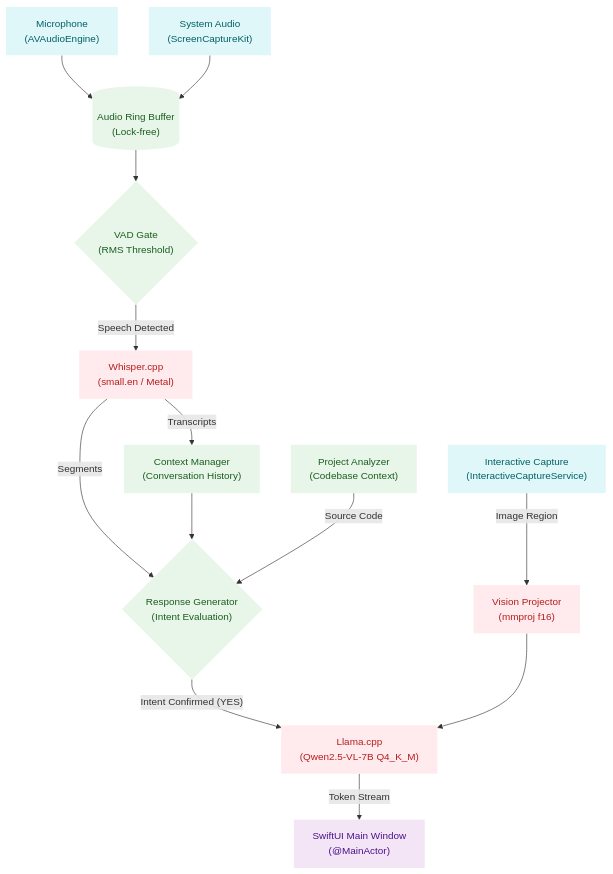
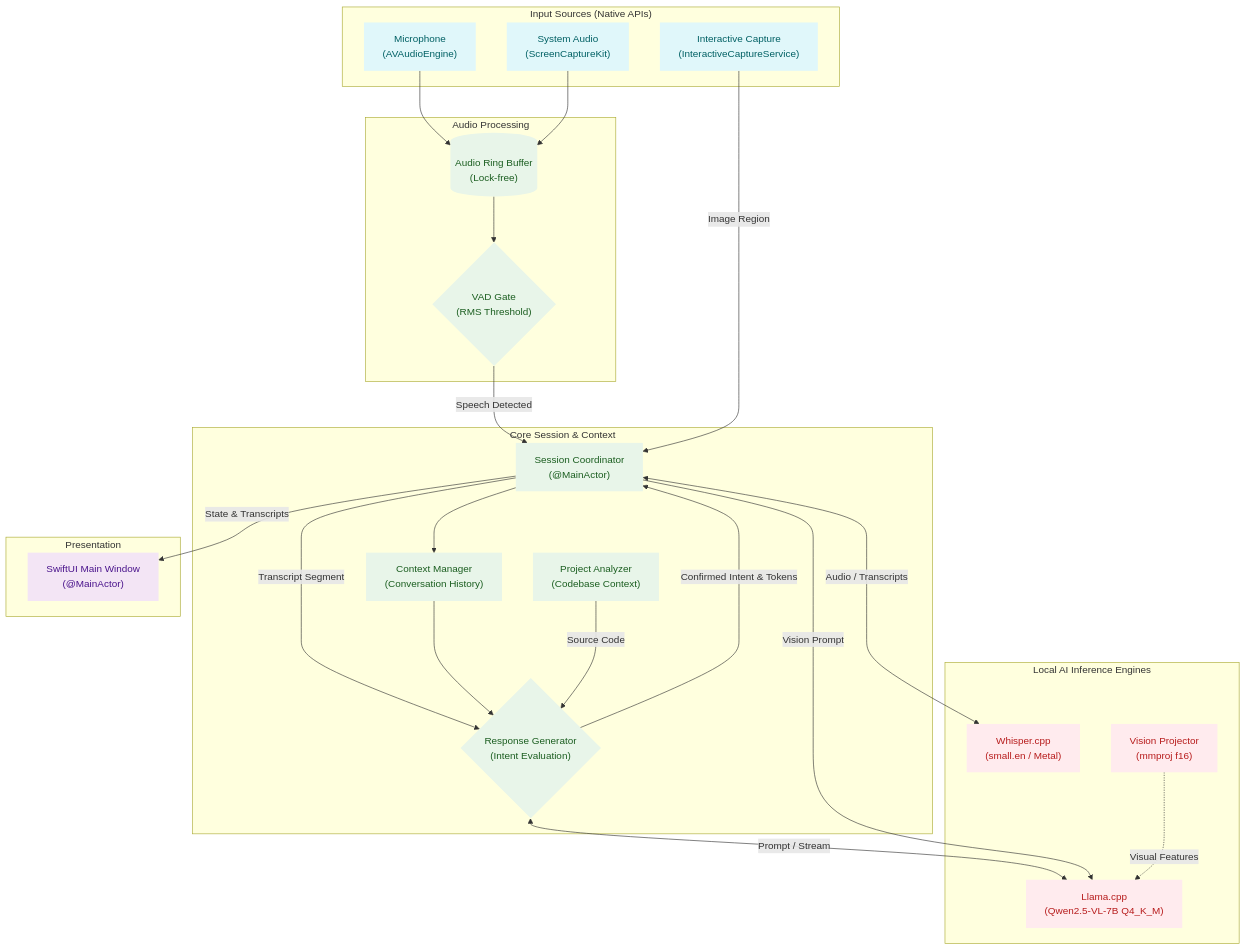
One commit to BGYKanishka/butler changed the diagram in README.md. Above: the diagram before and after it, drawn with Mermaid. The commit also changed other lines of this file and 3 other files, not shown here.

````diff
--- a/README.md
+++ b/README.md
@@ -30,37 +36,58 @@
 ```mermaid
 graph TD
     %% Styling (Light & Clean)
     classDef native fill:#e0f7fa,stroke:none,stroke-width:0px,color:#006064
     classDef engine fill:#ffebee,stroke:none,stroke-width:0px,color:#b71c1c
     classDef logic fill:#e8f5e9,stroke:none,stroke-width:0px,color:#1b5e20
     classDef ui fill:#f3e5f5,stroke:none,stroke-width:0px,color:#4a148c
 
-    Mic["Microphone\n(AVAudioEngine)"]:::native
-    SysAudio["System Audio\n(ScreenCaptureKit)"]:::native
-    ScreenCap["Interactive Capture\n(InteractiveCaptureService)"]:::native
-    RingBuffer[("Audio Ring Buffer\n(Lock-free)")]:::logic
+    subgraph Inputs ["Input Sources (Native APIs)"]
+        Mic["Microphone\n(AVAudioEngine)"]:::native
+        SysAudio["System Audio\n(ScreenCaptureKit)"]:::native
+        ScreenCap["Interactive Capture\n(InteractiveCaptureService)"]:::native
+    end
 
-    VAD{"VAD Gate\n(RMS Threshold)"}:::logic
-    Whisper["Whisper.cpp\n(small.en / Metal)"]:::engine
-    Context["Context Manager\n(Conversation History)"]:::logic
-    ProjectAnalyzer["Project Analyzer\n(Codebase Context)"]:::logic
+    subgraph AudioProcessing ["Audio Processing"]
+        RingBuffer[("Audio Ring Buffer\n(Lock-free)")]:::logic
+        VAD{"VAD Gate\n(RMS Threshold)"}:::logic
+    end
 
-    Intent{"Response Generator\n(Intent Evaluation)"}:::logic
-    Llama["Llama.cpp\n(Qwen2.5-VL-7B Q4_K_M)"]:::engine
-    Mmproj["Vision Projector\n(mmproj f16)"]:::engine
+    subgraph AIEngines ["Local AI Inference Engines"]
+        Whisper["Whisper.cpp\n(small.en / Metal)"]:::engine
+        Llama["Llama.cpp\n(Qwen2.5-VL-7B Q4_K_M)"]:::engine
+        Mmproj["Vision Projector\n(mmproj f16)"]:::engine
+    end
 
-    MainWindow["SwiftUI Main Window\n(@MainActor)"]:::ui
+    subgraph CoreOrchestration ["Core Session & Context"]
+        Coordinator["Session Coordinator\n(@MainActor)"]:::logic
+        Context["Context Manager\n(Conversation History)"]:::logic
+        ProjectAnalyzer["Project Analyzer\n(Codebase Context)"]:::logic
+        Intent{"Response Generator\n(Intent Evaluation)"}:::logic
+    end
 
+    subgraph UserInterface ["Presentation"]
+        MainWindow["SwiftUI Main Window\n(@MainActor)"]:::ui
+    end
+
+    %% Flow
     Mic --> RingBuffer
     SysAudio --> RingBuffer
     RingBuffer --> VAD
-    VAD -- "Speech Detected" --> Whisper
-    Whisper -- "Transcripts" --> Context
-    Whisper -- "Segments" --> Intent
+    VAD -- "Speech Detected" --> Coordinator
+    
+    Coordinator <-->|"Audio / Transcripts"| Whisper
+    Coordinator --> Context
+    Coordinator -- "Transcript Segment" --> Intent
+    
     Context --> Intent
     ProjectAnalyzer -- "Source Code" --> Intent
-    Intent -- "Intent Confirmed (YES)" --> Llama
-    ScreenCap -- "Image Region" --> Mmproj
-    Mmproj --> Llama
-    Llama -- "Token Stream" --> MainWindow
+    
+    Intent <-->|"Prompt / Stream"| Llama
+    Intent -- "Confirmed Intent & Tokens" --> Coordinator
+    
+    ScreenCap -- "Image Region" --> Coordinator
+    Coordinator -- "Vision Prompt" --> Llama
+    Mmproj -. "Visual Features" .-> Llama
+    
+    Coordinator -- "State & Transcripts" --> MainWindow
 ```
````
